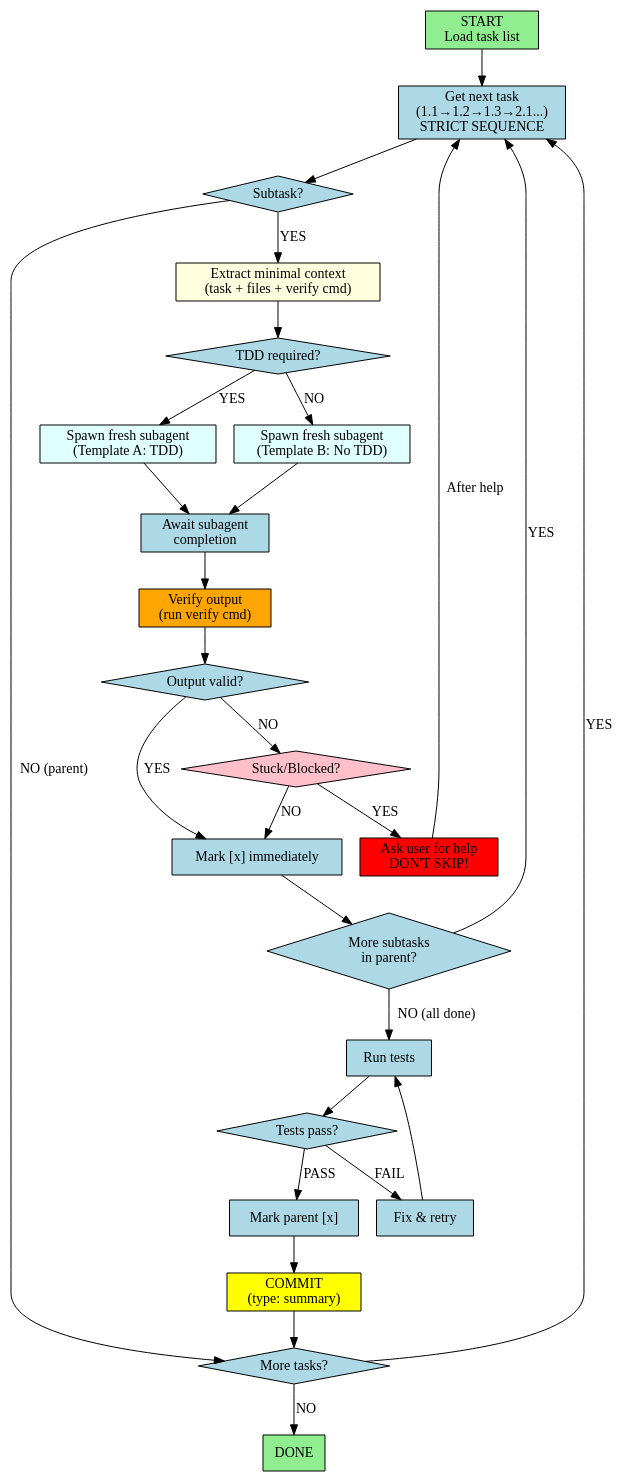
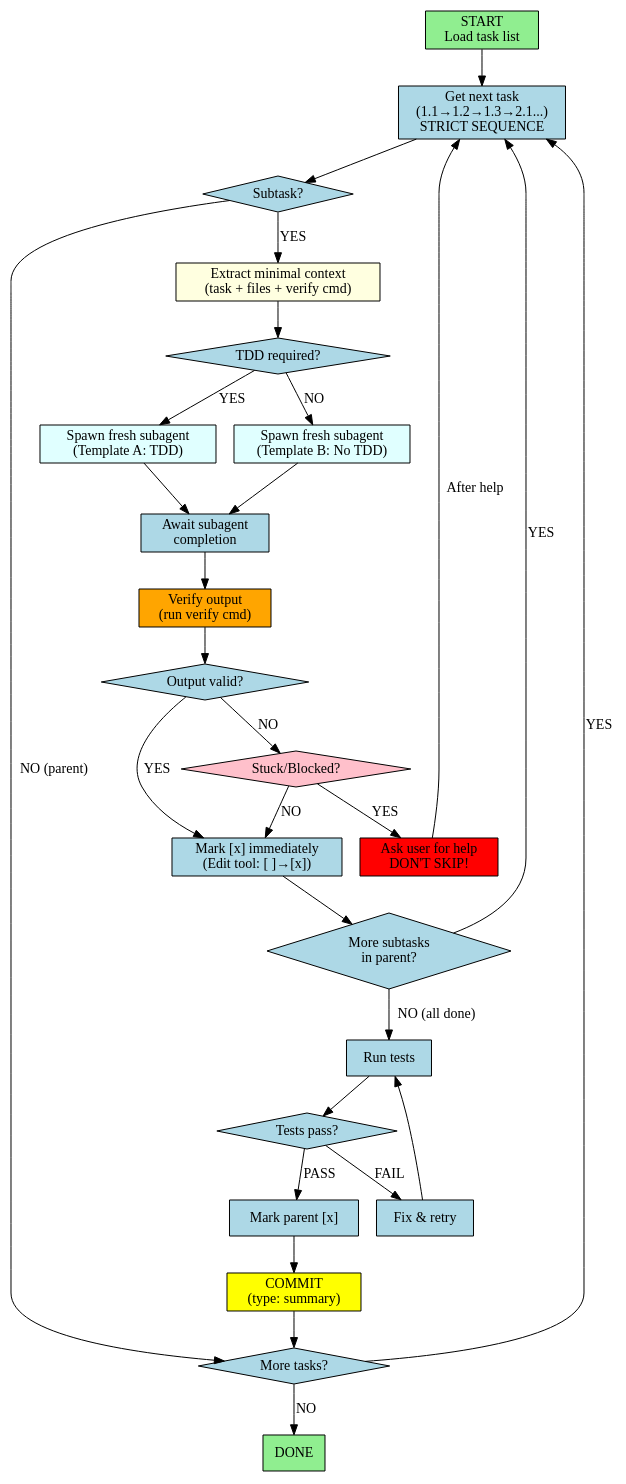
Before and after one commit to amrhas82/agentic-toolkit: the diagram in ai/subagentic/claude/agents/3-process-task-list.md, drawn with Graphviz. The commit also changed other lines of this file and 12 other files, not shown here.

````diff
--- a/ai/subagentic/claude/agents/3-process-task-list.md
+++ b/ai/subagentic/claude/agents/3-process-task-list.md
@@ -13,56 +13,56 @@
 ```dot
 digraph ProcessTaskList {
   rankdir=TB;
   node [shape=box, style=filled, fillcolor=lightblue];
 
   start [label="START\nLoad task list", fillcolor=lightgreen];
   get_next [label="Get next task\n(1.1→1.2→1.3→2.1...)\nSTRICT SEQUENCE"];
   is_subtask [label="Subtask?", shape=diamond];
   extract_context [label="Extract minimal context\n(task + files + verify cmd)", fillcolor=lightyellow];
   check_tdd [label="TDD required?", shape=diamond];
   spawn_tdd [label="Spawn fresh subagent\n(Template A: TDD)", fillcolor=lightcyan];
   spawn_no_tdd [label="Spawn fresh subagent\n(Template B: No TDD)", fillcolor=lightcyan];
   await_result [label="Await subagent\ncompletion"];
   verify_output [label="Verify output\n(run verify cmd)", fillcolor=orange];
   output_valid [label="Output valid?", shape=diamond];
   stuck [label="Stuck/Blocked?", shape=diamond, fillcolor=pink];
   ask_help [label="Ask user for help\nDON'T SKIP!", fillcolor=red];
-  mark_subtask [label="Mark [x] immediately"];
+  mark_subtask [label="Mark [x] immediately\n(Edit tool: [ ]→[x])"];
   more_subtasks [label="More subtasks\nin parent?", shape=diamond];
   run_tests [label="Run tests"];
   tests_pass [label="Tests pass?", shape=diamond];
   fix_tests [label="Fix & retry"];
   mark_parent [label="Mark parent [x]"];
   commit [label="COMMIT\n(type: summary)", fillcolor=yellow];
   more_tasks [label="More tasks?", shape=diamond];
   done [label="DONE", fillcolor=lightgreen];
 
   start -> get_next;
   get_next -> is_subtask;
   is_subtask -> extract_context [label="YES"];
   is_subtask -> more_tasks [label="NO (parent)"];
   extract_context -> check_tdd;
   check_tdd -> spawn_tdd [label="YES"];
   check_tdd -> spawn_no_tdd [label="NO"];
   spawn_tdd -> await_result;
   spawn_no_tdd -> await_result;
   await_result -> verify_output;
   verify_output -> output_valid;
   output_valid -> stuck [label="NO"];
   output_valid -> mark_subtask [label="YES"];
   stuck -> ask_help [label="YES"];
   stuck -> mark_subtask [label="NO"];
   ask_help -> get_next [label="After help"];
   mark_subtask -> more_subtasks;
   more_subtasks -> get_next [label="YES"];
   more_subtasks -> run_tests [label="NO (all done)"];
   run_tests -> tests_pass;
   tests_pass -> fix_tests [label="FAIL"];
   tests_pass -> mark_parent [label="PASS"];
   fix_tests -> run_tests;
   mark_parent -> commit;
   commit -> more_tasks;
   more_tasks -> get_next [label="YES"];
   more_tasks -> done [label="NO"];
 }
 ```
````
